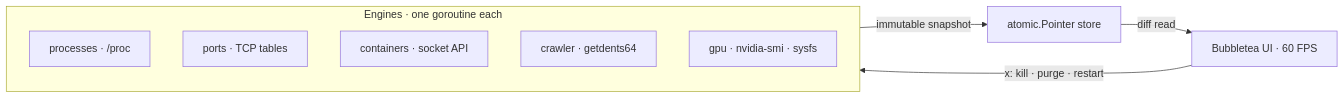
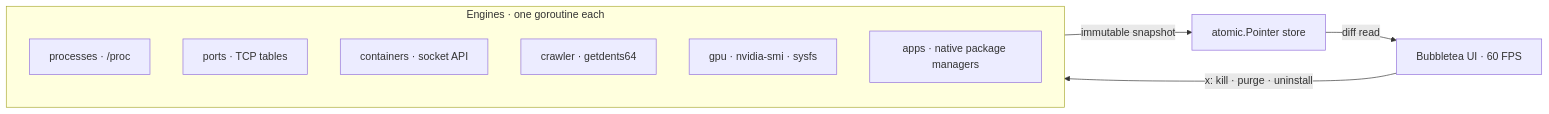
The diagram in README.md (gaurav-dhakal/vibe-check), drawn with Mermaid before and after one commit. The commit also changed other lines of this file and 38 other files, not shown here.

````diff
--- a/README.md
+++ b/README.md
@@ -122,13 +220,14 @@
 ```mermaid
 flowchart LR
     subgraph E[Engines · one goroutine each]
         P[processes · /proc]
         O[ports · TCP tables]
         D[containers · socket API]
         C[crawler · getdents64]
         G[gpu · nvidia-smi · sysfs]
+        A[apps · native package managers]
     end
     E -- immutable snapshot --> S[atomic.Pointer store]
     S -- diff read --> U[Bubbletea UI · 60 FPS]
-    U -- "x: kill · purge · restart" --> E
+    U -- "x: kill · purge · uninstall" --> E
 ```
````
